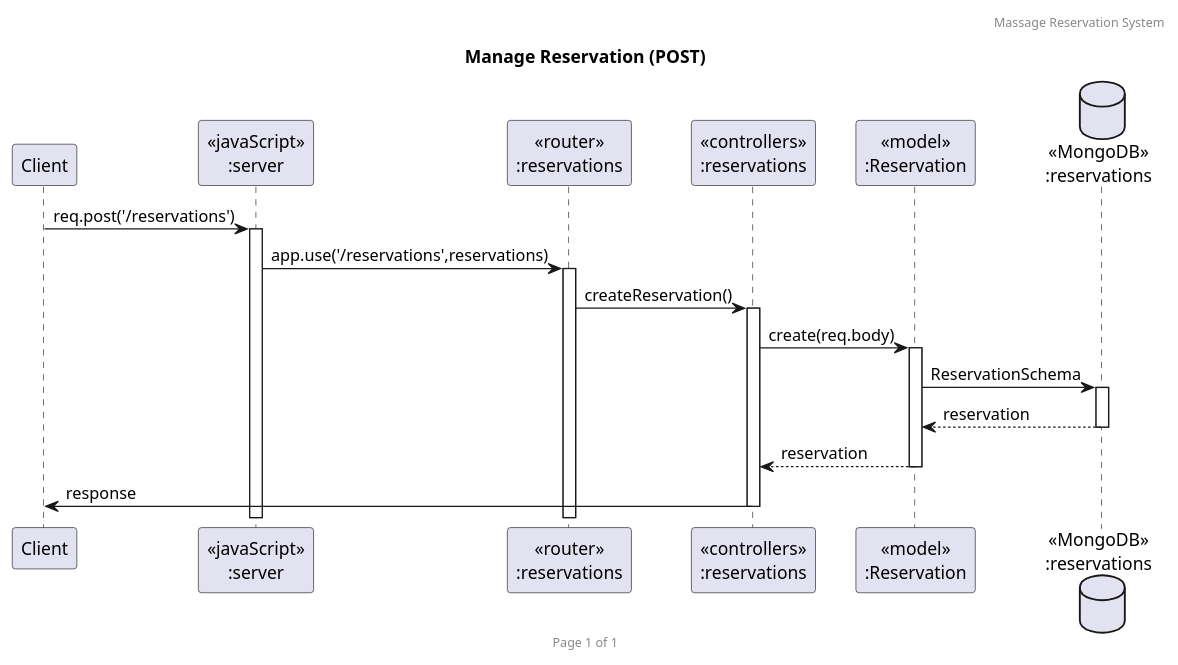
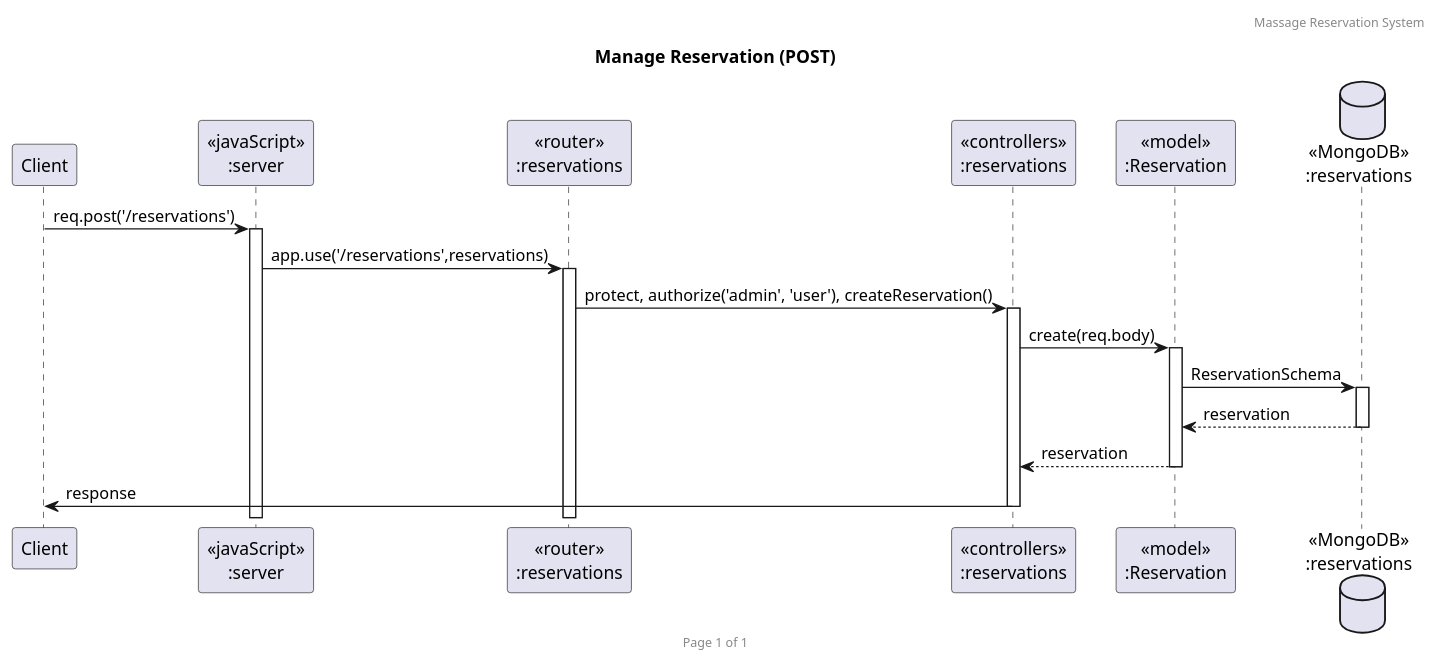
The diagram in uml/SequenceDiagram/Reservation/post.puml (2110503TACEDT66/presentation-day-1-kalaeksi-phloeng-rachan), drawn with PlantUML before and after one commit. The commit also changed 9 other files, not shown here.

Commit message:
fix uml diagram

```diff
--- a/uml/SequenceDiagram/Reservation/post.puml
+++ b/uml/SequenceDiagram/Reservation/post.puml
@@ -1,23 +1,23 @@
 @startuml Manage Reservation (POST)
 
 header Massage Reservation System
 footer Page %page% of %lastpage%
 title "Manage Reservation (POST)"
 
 participant "Client" as client
 participant "<<javaScript>>\n:server" as server
 participant "<<router>>\n:reservations" as routerReservations
 participant "<<controllers>>\n:reservations" as controllersReservations
 participant "<<model>>\n:Reservation" as modelReservation
 database "<<MongoDB>>\n:reservations" as ReservationsDatabase
 
 client->server ++:req.post('/reservations')
 server->routerReservations ++:app.use('/reservations',reservations)
-routerReservations -> controllersReservations ++:createReservation()
+routerReservations -> controllersReservations ++:protect, authorize('admin', 'user'), createReservation()
 controllersReservations->modelReservation ++:create(req.body)
 modelReservation ->ReservationsDatabase ++: ReservationSchema
 ReservationsDatabase --> modelReservation --: reservation
 controllersReservations <-- modelReservation --:reservation
 controllersReservations->client --:response
 
 @enduml
```
